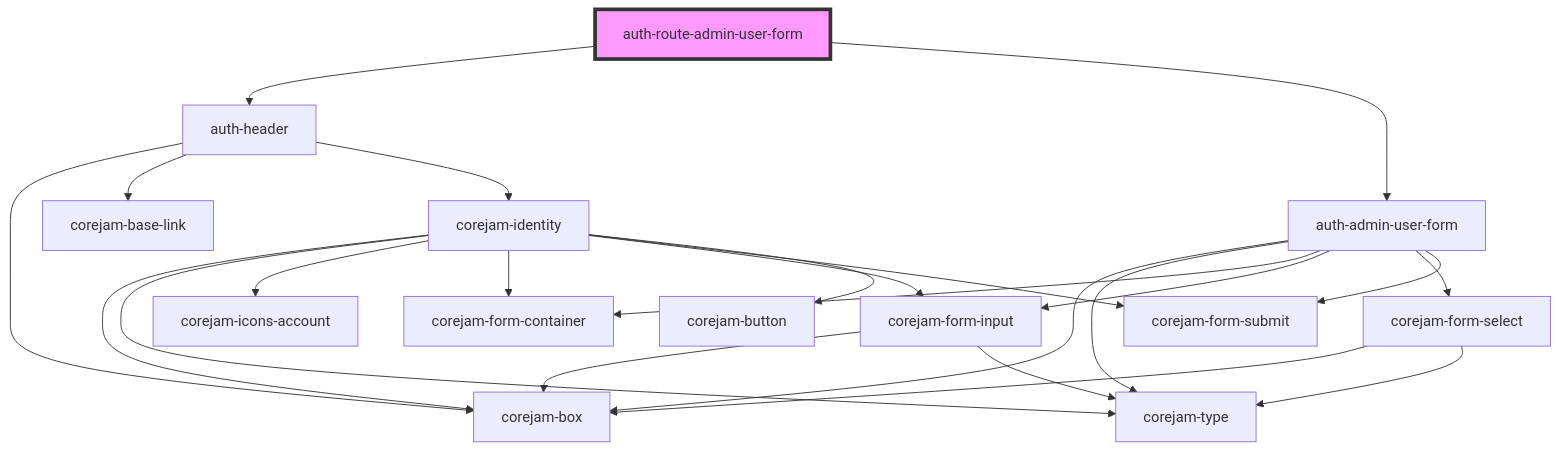
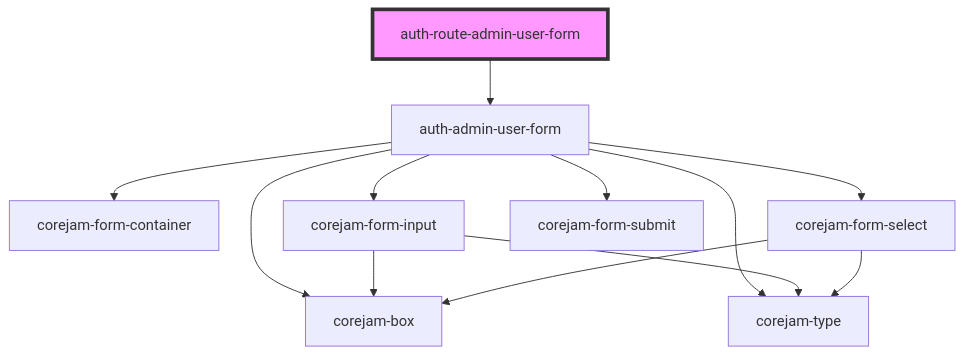
The diagram in packages/auth/app/routes/admin/users/edit/readme.md (corejam/corejam), drawn with Mermaid before and after one commit. The commit also changed other lines of this file and 43 other files, not shown here.

````diff
--- a/packages/auth/app/routes/admin/users/edit/readme.md
+++ b/packages/auth/app/routes/admin/users/edit/readme.md
@@ -23,26 +22,15 @@
 ```mermaid
 graph TD;
-  auth-route-admin-user-form --> auth-header
   auth-route-admin-user-form --> auth-admin-user-form
-  auth-header --> corejam-box
-  auth-header --> corejam-base-link
-  auth-header --> corejam-identity
-  corejam-identity --> corejam-box
-  corejam-identity --> corejam-type
-  corejam-identity --> corejam-icons-account
-  corejam-identity --> corejam-form-container
-  corejam-identity --> corejam-form-input
-  corejam-identity --> corejam-form-submit
-  corejam-identity --> corejam-button
-  corejam-form-input --> corejam-box
-  corejam-form-input --> corejam-type
   auth-admin-user-form --> corejam-box
   auth-admin-user-form --> corejam-type
   auth-admin-user-form --> corejam-form-container
   auth-admin-user-form --> corejam-form-input
   auth-admin-user-form --> corejam-form-select
   auth-admin-user-form --> corejam-form-submit
+  corejam-form-input --> corejam-box
+  corejam-form-input --> corejam-type
   corejam-form-select --> corejam-box
   corejam-form-select --> corejam-type
   style auth-route-admin-user-form fill:#f9f,stroke:#333,stroke-width:4px
 ```
````
